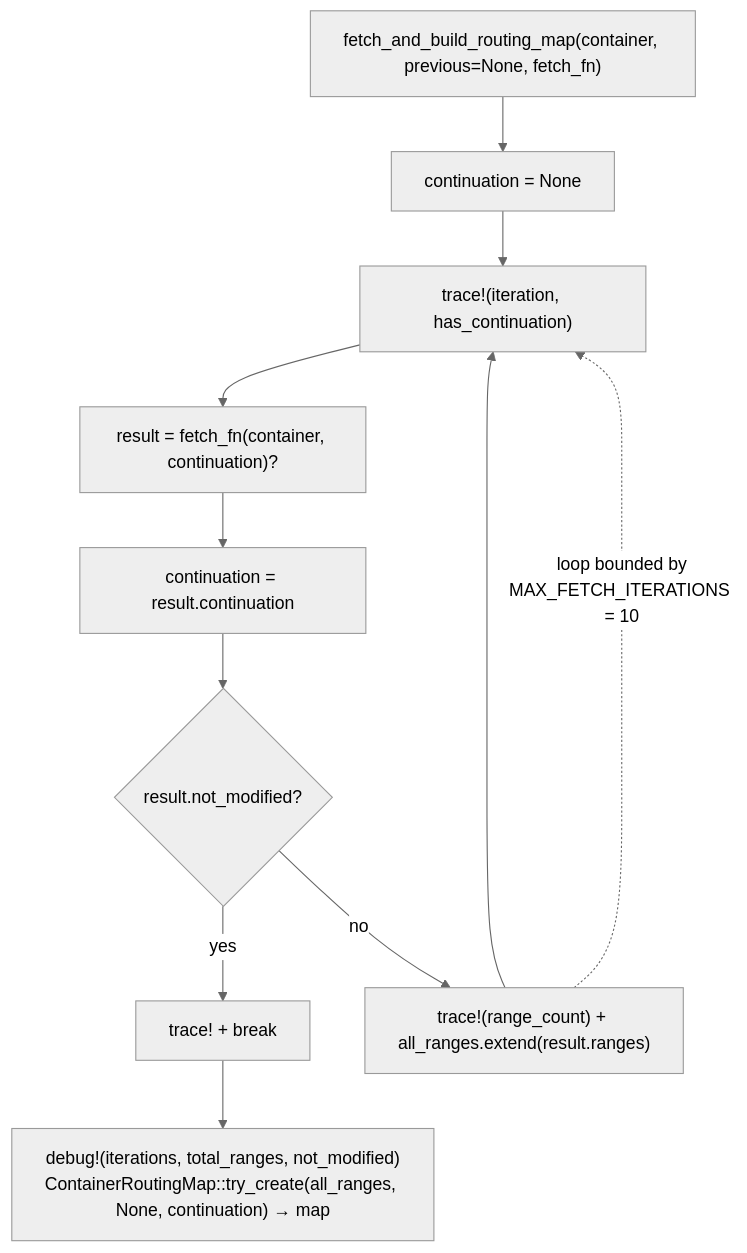
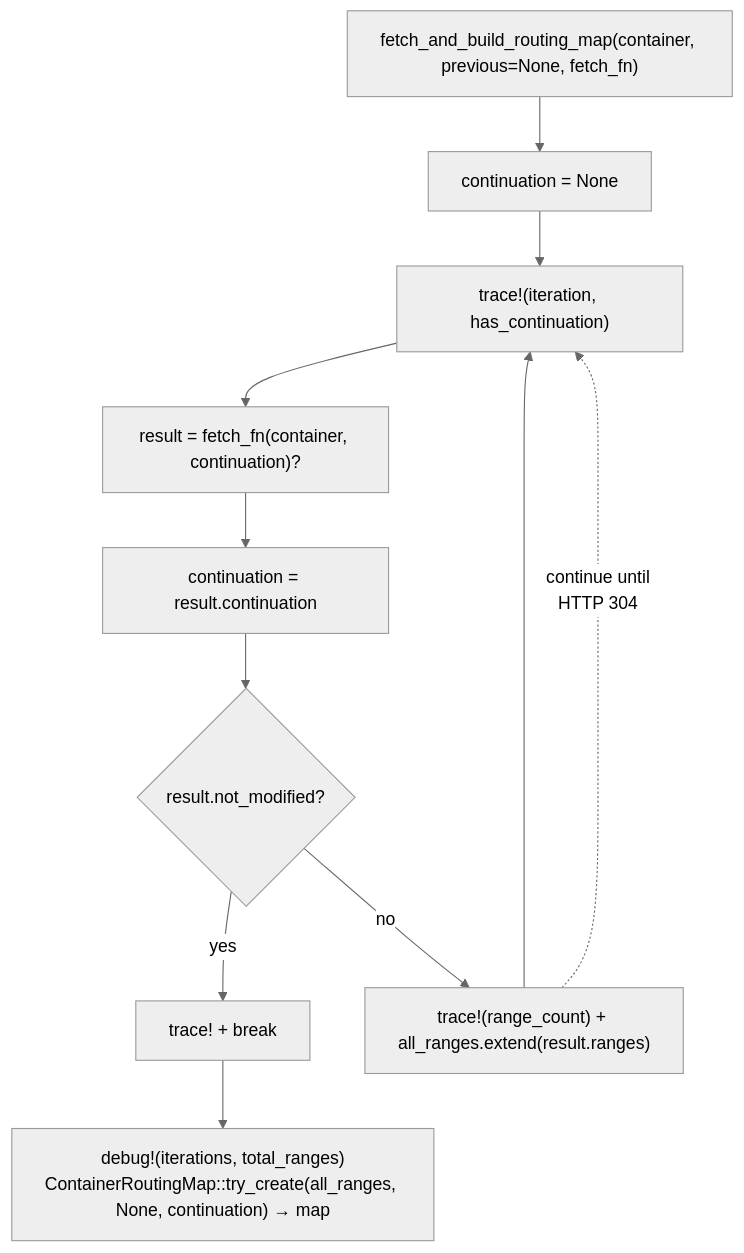
The sixth of 8 diagrams in sdk/cosmos/azure_data_cosmos_driver/docs/PARTITION_KEY_RANGE_CACHE_SPEC.md (Azure/azure-sdk-for-rust), drawn with Mermaid (neutral theme) before and after one commit. The commit also changed other lines of this file and 3 other files, not shown here.

````diff
--- a/sdk/cosmos/azure_data_cosmos_driver/docs/PARTITION_KEY_RANGE_CACHE_SPEC.md
+++ b/sdk/cosmos/azure_data_cosmos_driver/docs/PARTITION_KEY_RANGE_CACHE_SPEC.md
@@ -361,17 +360,17 @@
 ```mermaid
 flowchart TD
     Start["fetch_and_build_routing_map(container, previous=None, fetch_fn)"]
     Init["continuation = None"]
     Trace1["trace!(iteration, has_continuation)"]
     Fetch["result = fetch_fn(container, continuation)?"]
     Update["continuation = result.continuation"]
     NM{"result.not_modified?"}
     Break["trace! + break"]
     Extend["trace!(range_count) + all_ranges.extend(result.ranges)"]
-    Done["debug!(iterations, total_ranges, not_modified)<br/>ContainerRoutingMap::try_create(all_ranges, None, continuation) → map"]
+    Done["debug!(iterations, total_ranges)<br/>ContainerRoutingMap::try_create(all_ranges, None, continuation) → map"]
     Start --> Init --> Trace1
     Trace1 --> Fetch --> Update --> NM
     NM -- yes --> Break --> Done
     NM -- no --> Extend --> Trace1
-    Extend -. "loop bounded by<br/>MAX_FETCH_ITERATIONS = 10" .-> Trace1
+    Extend -. "continue until<br/>HTTP 304" .-> Trace1
 ```
````
